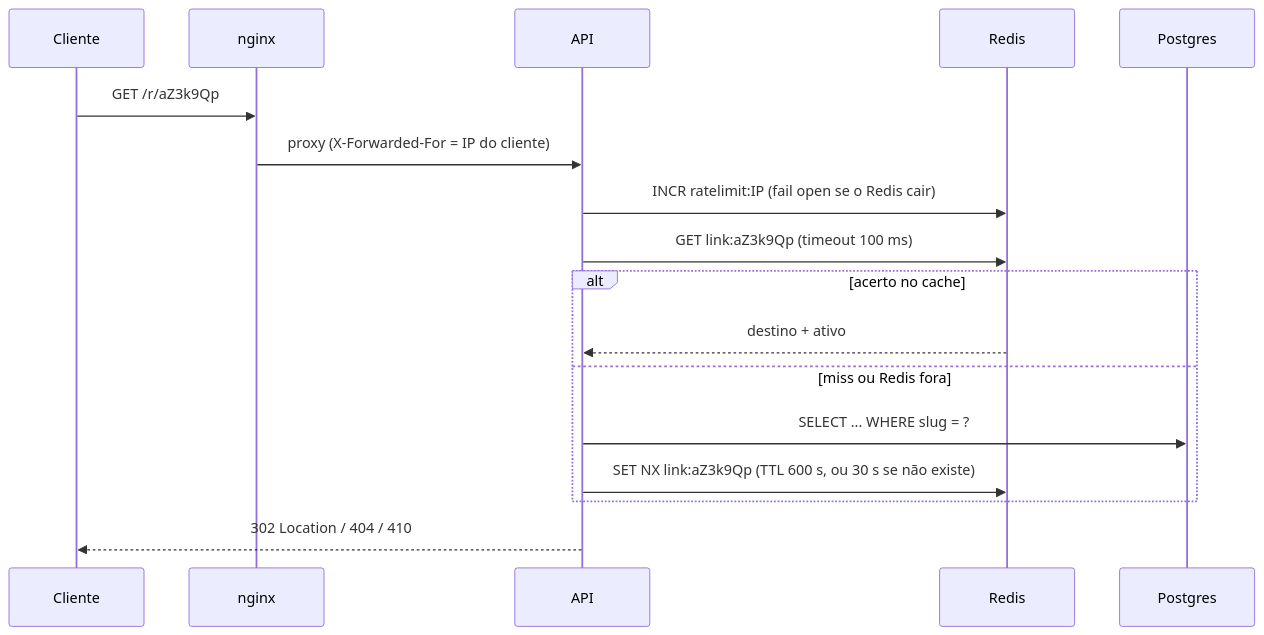
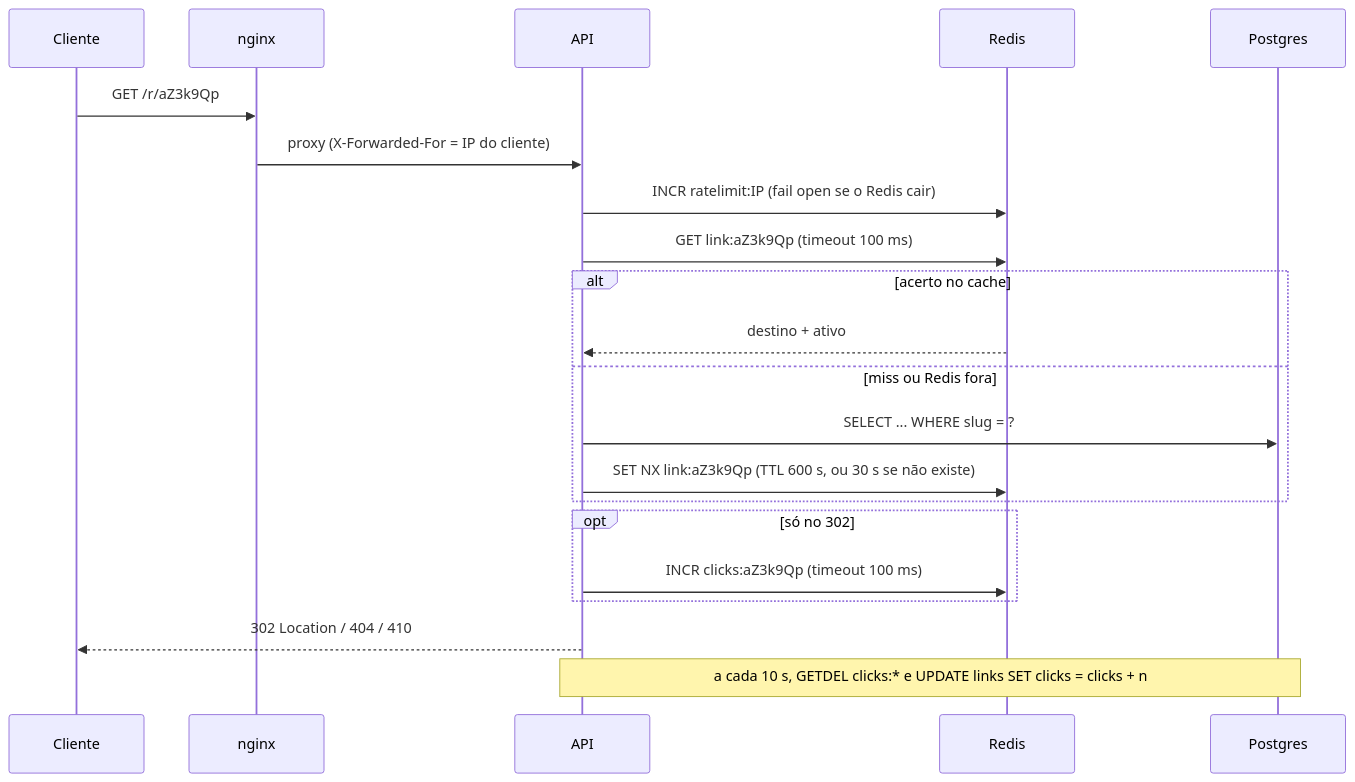
One commit to svitorz/url-shortner changed the second of 2 diagrams in README.md. Above: the diagram before and after it, drawn with Mermaid. The commit also changed other lines of this file and 14 other files, not shown here.

````diff
--- a/README.md
+++ b/README.md
@@ -30,19 +30,23 @@
 ```mermaid
 sequenceDiagram
     participant C as Cliente
     participant N as nginx
     participant A as API
     participant R as Redis
     participant P as Postgres
     C->>N: GET /r/aZ3k9Qp
     N->>A: proxy (X-Forwarded-For = IP do cliente)
     A->>R: INCR ratelimit:IP (fail open se o Redis cair)
     A->>R: GET link:aZ3k9Qp (timeout 100 ms)
     alt acerto no cache
         R-->>A: destino + ativo
     else miss ou Redis fora
         A->>P: SELECT ... WHERE slug = ?
         A->>R: SET NX link:aZ3k9Qp (TTL 600 s, ou 30 s se não existe)
     end
+    opt só no 302
+        A->>R: INCR clicks:aZ3k9Qp (timeout 100 ms)
+    end
     A-->>C: 302 Location / 404 / 410
+    Note over A,P: a cada 10 s, GETDEL clicks:* e UPDATE links SET clicks = clicks + n
 ```
````
